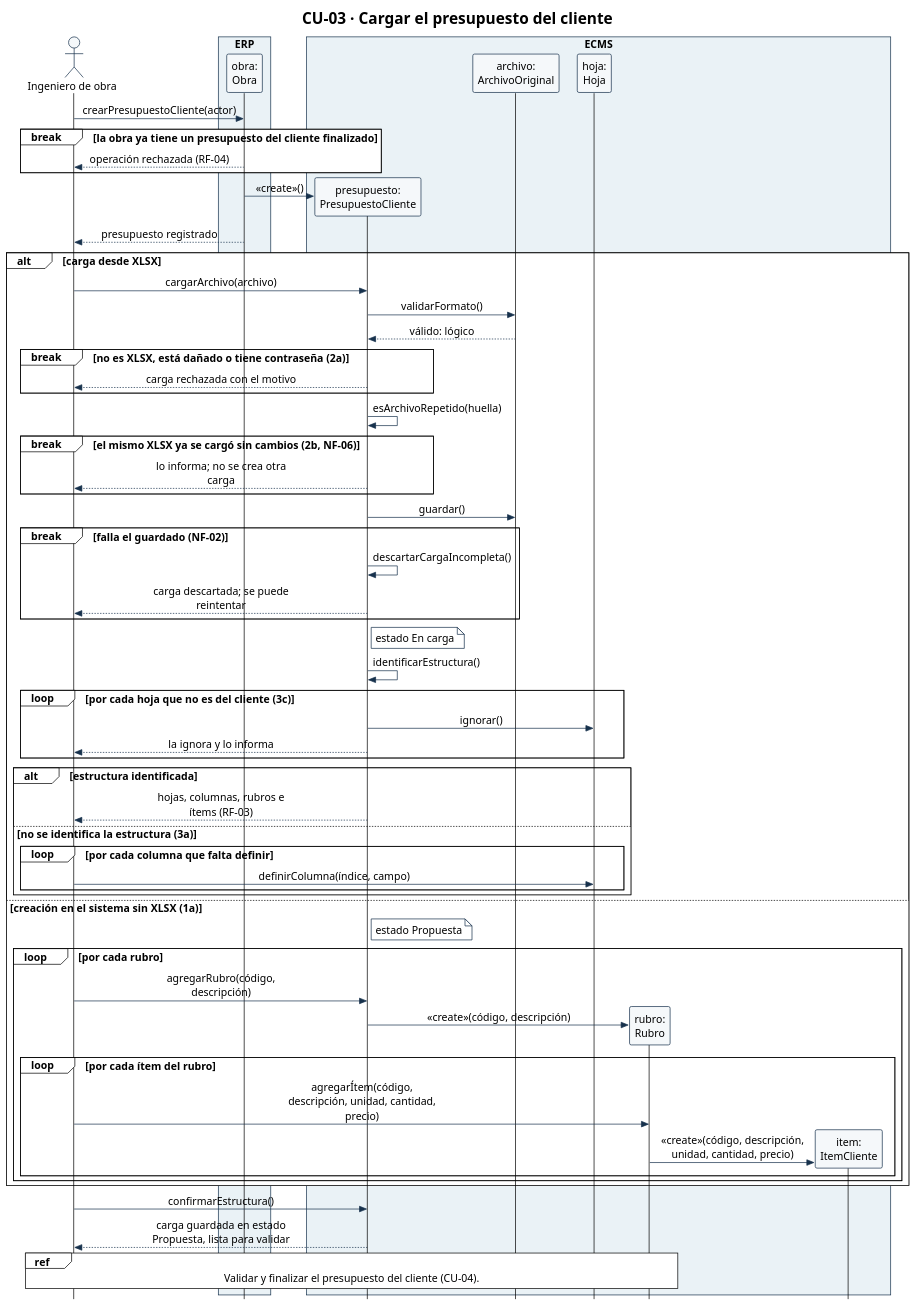
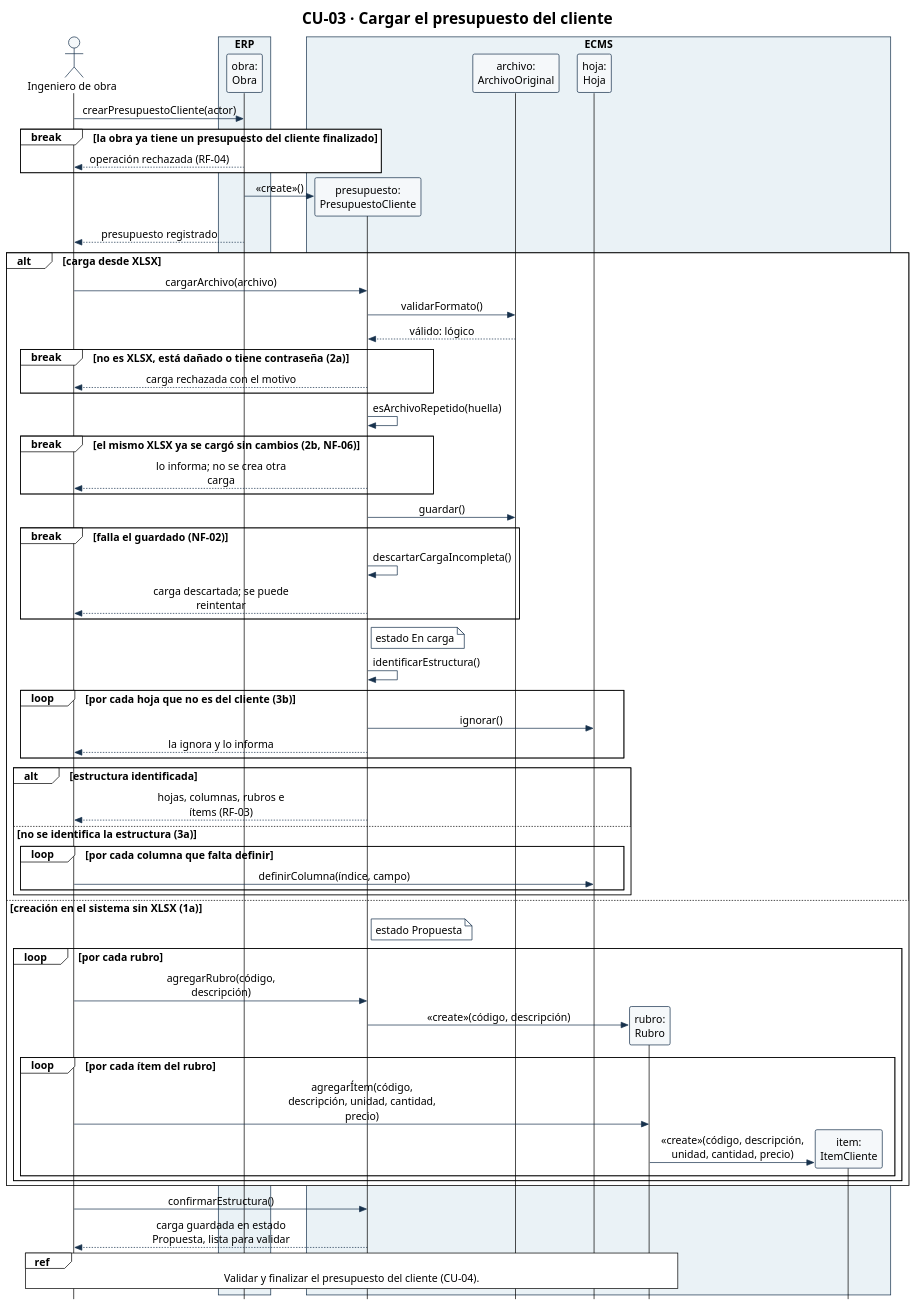
Before and after one commit to Ssrrb/tpf-uca: the diagram in diagramas/CU-03-secuencia.puml, drawn with PlantUML. The commit also changed 26 other files, not shown here.

```diff
--- a/diagramas/CU-03-secuencia.puml
+++ b/diagramas/CU-03-secuencia.puml
@@ -1,90 +1,90 @@
 @startuml
 !theme plain
 skinparam style strictuml
 skinparam shadowing false
 skinparam defaultFontName Arial
 skinparam defaultFontSize 15
 skinparam sequenceMessageAlign center
 skinparam maxMessageSize 220
 skinparam ParticipantPadding 8
 skinparam BoxPadding 6
 skinparam ParticipantBackgroundColor #F5F8FA
 skinparam ParticipantBorderColor #17324D
 skinparam ActorBorderColor #17324D
 skinparam ActorBackgroundColor #F5F8FA
 skinparam ArrowColor #17324D
 skinparam SequenceBoxBorderColor #17324D
 skinparam note {
   BackgroundColor #FFFFFF
   BorderColor #17324D
 }
 hide footbox
 title CU-03 · Cargar el presupuesto del cliente
 actor "Ingeniero de obra" as Ing
 box "ERP" #EAF2F6
 participant "obra:\nObra" as Obra
 end box
 box "ECMS" #EAF2F6
 participant "presupuesto:\nPresupuestoCliente" as Pres
 participant "archivo:\nArchivoOriginal" as Arch
 participant "hoja:\nHoja" as Hoja
 participant "rubro:\nRubro" as Rubro
 participant "item:\nItemCliente" as Item
 end box
 
 Ing -> Obra: crearPresupuestoCliente(actor)
 break la obra ya tiene un presupuesto del cliente finalizado
   Obra --> Ing: operación rechazada (RF-04)
 end
 create Pres
 Obra -> Pres: «create»()
 Obra --> Ing: presupuesto registrado
 
 alt carga desde XLSX
   Ing -> Pres: cargarArchivo(archivo)
   Pres -> Arch: validarFormato()
   Arch --> Pres: válido: lógico
   break no es XLSX, está dañado o tiene contraseña (2a)
     Pres --> Ing: carga rechazada con el motivo
   end
   Pres -> Pres: esArchivoRepetido(huella)
   break el mismo XLSX ya se cargó sin cambios (2b, NF-06)
     Pres --> Ing: lo informa; no se crea otra carga
   end
   Pres -> Arch: guardar()
   break falla el guardado (NF-02)
     Pres -> Pres: descartarCargaIncompleta()
     Pres --> Ing: carga descartada; se puede reintentar
   end
   note right of Pres: estado En carga
   Pres -> Pres: identificarEstructura()
-  loop por cada hoja que no es del cliente (3c)
+  loop por cada hoja que no es del cliente (3b)
     Pres -> Hoja: ignorar()
     Pres --> Ing: la ignora y lo informa
   end
   alt estructura identificada
     Pres --> Ing: hojas, columnas, rubros e ítems (RF-03)
   else no se identifica la estructura (3a)
     loop por cada columna que falta definir
       Ing -> Hoja: definirColumna(índice, campo)
     end
   end
 else creación en el sistema sin XLSX (1a)
   note right of Pres: estado Propuesta
   loop por cada rubro
     Ing -> Pres: agregarRubro(código, descripción)
     create Rubro
     Pres -> Rubro: «create»(código, descripción)
     loop por cada ítem del rubro
       Ing -> Rubro: agregarÍtem(código, descripción, unidad, cantidad, precio)
       create Item
       Rubro -> Item: «create»(código, descripción, unidad, cantidad, precio)
     end
   end
 end
 Ing -> Pres: confirmarEstructura()
 Pres --> Ing: carga guardada en estado Propuesta, lista para validar
 ref over Ing, Rubro
   Validar y finalizar el presupuesto del cliente (CU-04).
 end ref
 @enduml
```
